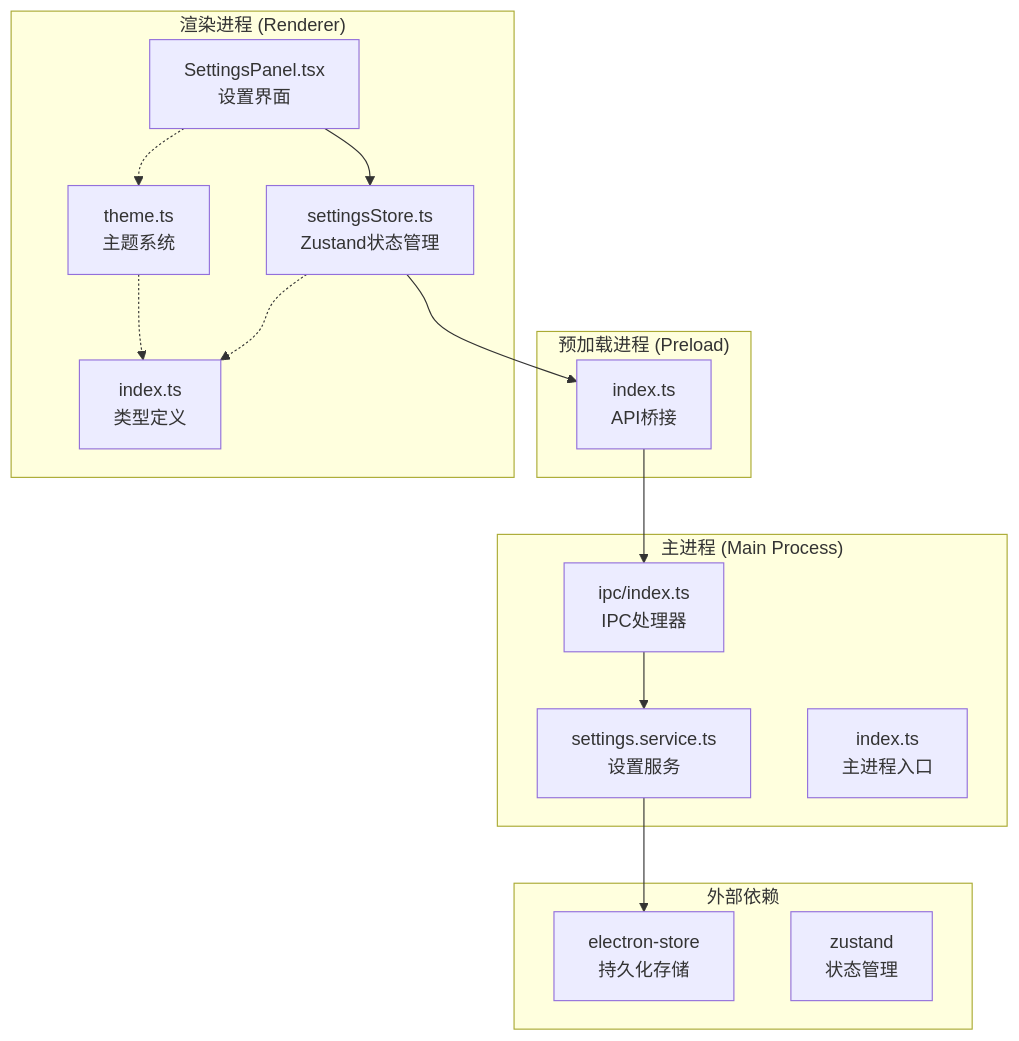
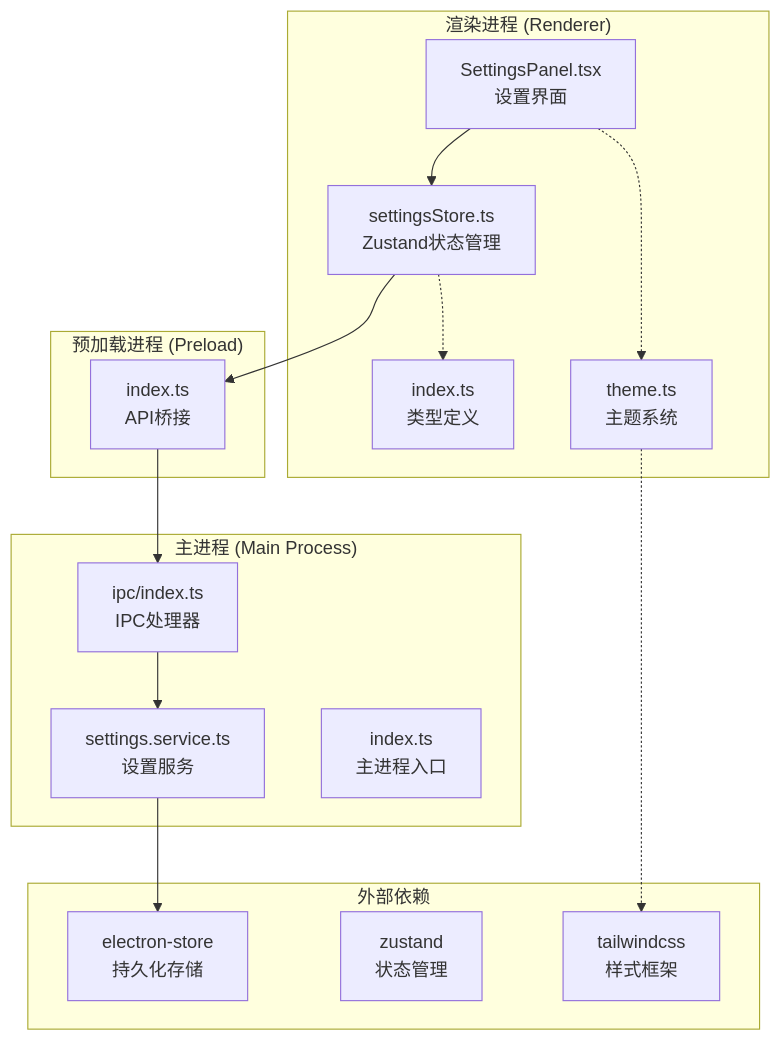
Before and after one commit to remgasuki/ReDoPhoto: the first of 9 diagrams in .qoder/repowiki/zh/content/核心服务模块/设置管理服务.md, drawn with Mermaid. The commit also changed other lines of this file and 39 other files, not shown here.

````diff
--- a/.qoder/repowiki/zh/content/核心服务模块/设置管理服务.md
+++ b/.qoder/repowiki/zh/content/核心服务模块/设置管理服务.md
@@ -53,29 +54,30 @@
 ```mermaid
 graph TB
 subgraph "主进程 (Main Process)"
 MS[settings.service.ts<br/>设置服务]
 IPC[ipc/index.ts<br/>IPC处理器]
 MAIN[index.ts<br/>主进程入口]
 end
 subgraph "预加载进程 (Preload)"
 PRE[index.ts<br/>API桥接]
 end
 subgraph "渲染进程 (Renderer)"
 STORE[settingsStore.ts<br/>Zustand状态管理]
 UI[SettingsPanel.tsx<br/>设置界面]
 TYPES[index.ts<br/>类型定义]
 THEME[theme.ts<br/>主题系统]
 end
 subgraph "外部依赖"
 ES[electron-store<br/>持久化存储]
 ZU[zustand<br/>状态管理]
+TAILWIND[tailwindcss<br/>样式框架]
 end
 UI --> STORE
 STORE --> PRE
 PRE --> IPC
 IPC --> MS
 MS --> ES
 STORE -.-> TYPES
 UI -.-> THEME
-THEME -.-> TYPES
+THEME -.-> TAILWIND
 ```
````
